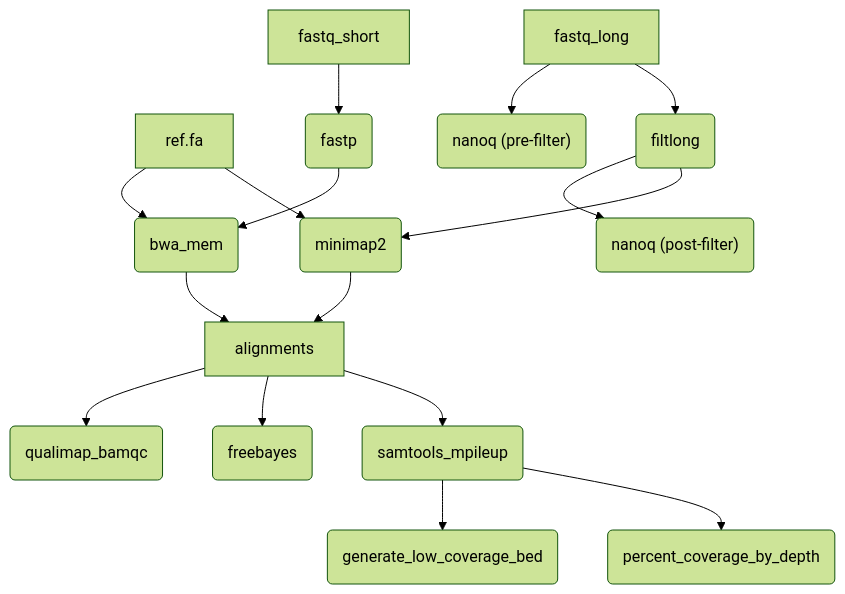
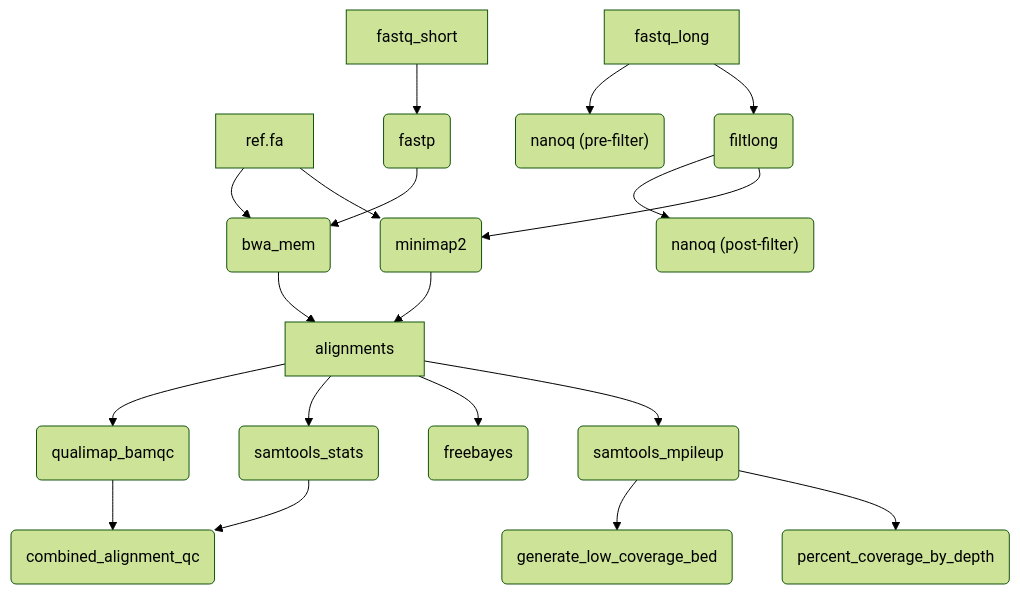
Before and after one commit to BCCDC-PHL/alignment-variants: the diagram in README.md, drawn with Mermaid (forest theme). The commit also changed 6 other files, not shown here.

````diff
--- a/README.md
+++ b/README.md
@@ -76,21 +76,24 @@
 ```mermaid
 flowchart TD
   ref[ref.fa]
   fastq_short[fastq_short]
   fastq_long[fastq_long]
   fastq_short --> fastp(fastp)
   fastq_long --> nanoq_pre_filter("nanoq (pre-filter)")
   fastq_long --> filtlong(filtlong)
   filtlong --> nanoq_post_filter("nanoq (post-filter)")
   ref --> bwa(bwa_mem)
   fastp --> bwa
   bwa --> alignments[alignments]
   ref --> minimap2(minimap2)
   filtlong --> minimap2
   minimap2 --> alignments
   alignments --> qualimap(qualimap_bamqc)
+  alignments --> samtools_stats(samtools_stats)
   alignments --> freebayes(freebayes)
   alignments --> samtools_mpileup(samtools_mpileup)
   samtools_mpileup --> generate_low_coverage_bed(generate_low_coverage_bed)
   samtools_mpileup --> percent_coverage_by_depth(percent_coverage_by_depth)
+  qualimap --> combined_alignment_qc(combined_alignment_qc)
+  samtools_stats --> combined_alignment_qc
 ```
````
